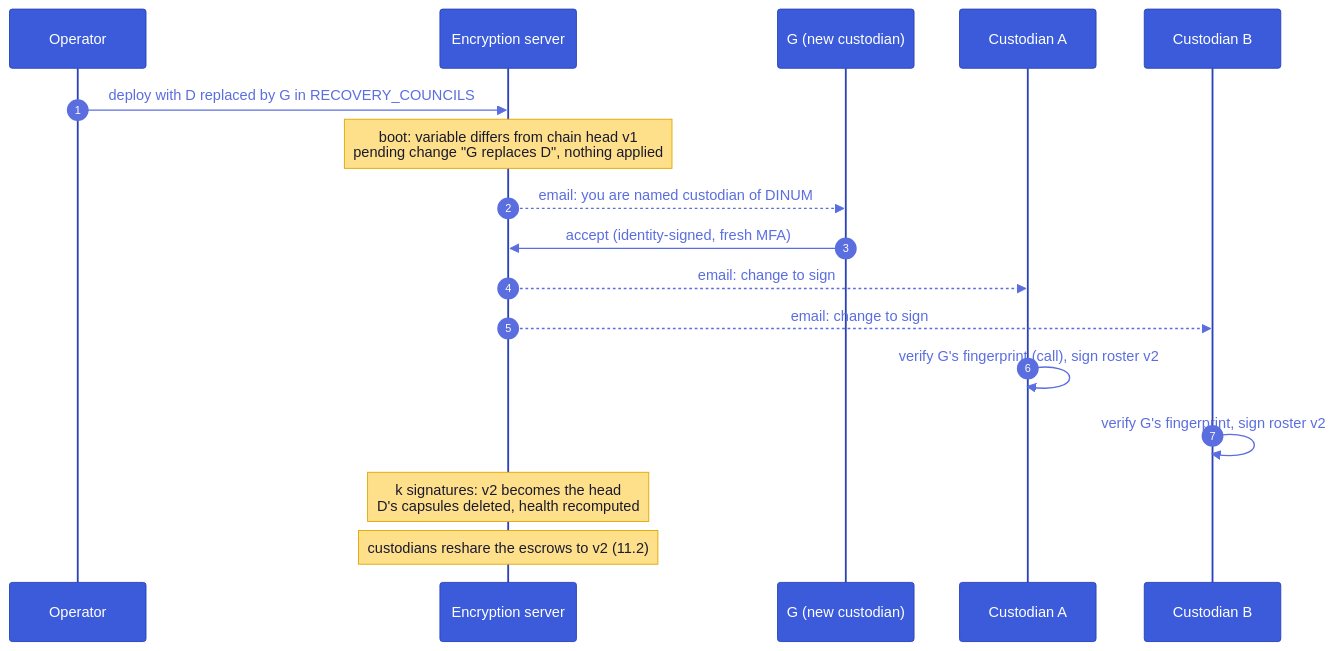
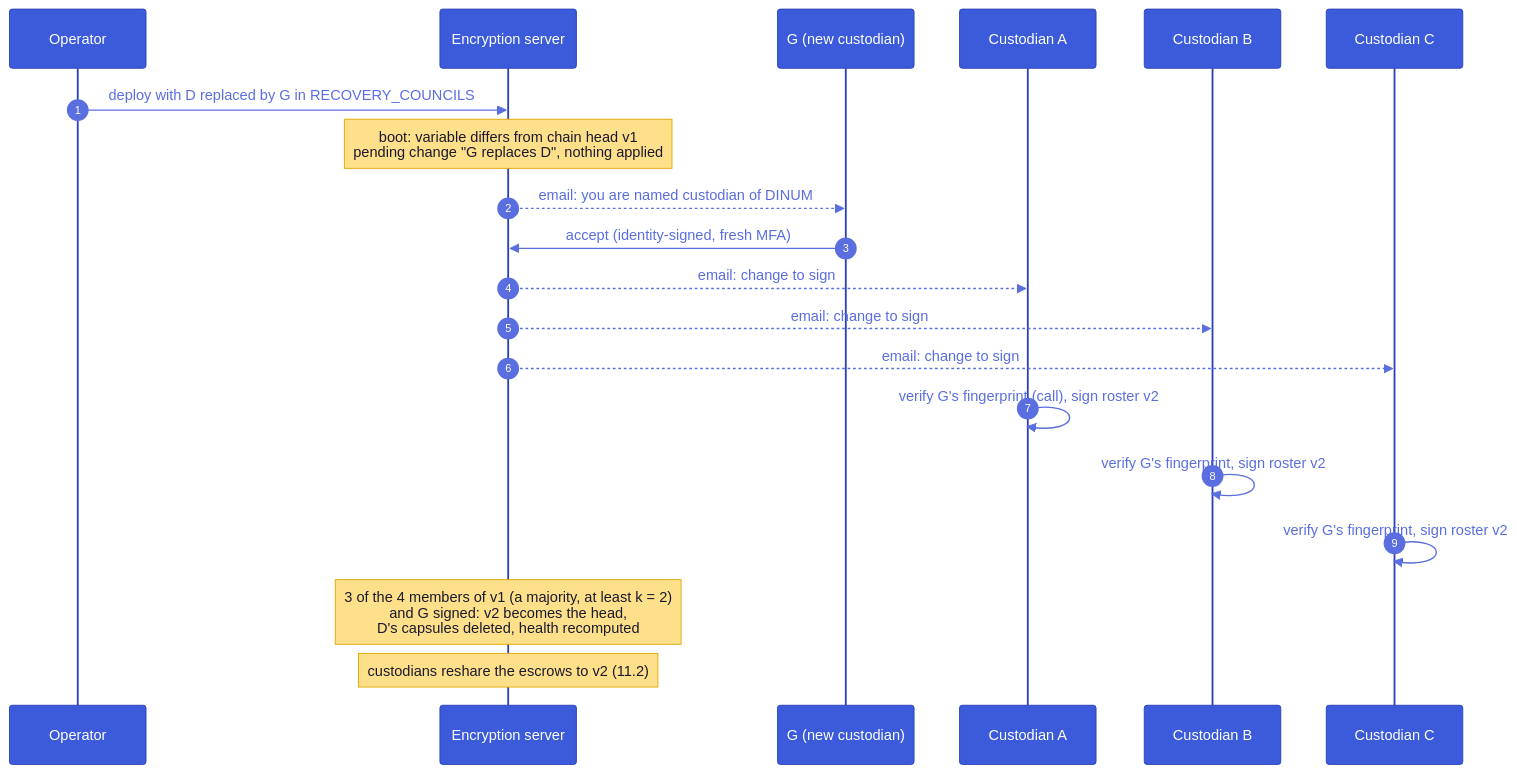
Before and after one commit to suitenumerique/encryption: diagram 14 of 22 in shamir.md, drawn with Mermaid. The commit also changed other lines of this file and 75 other files, not shown here.

````diff
--- a/shamir.md
+++ b/shamir.md
@@ -564,20 +565,23 @@
 ```mermaid
 %%{init: {'theme':'base','look':'classic','themeVariables':{'actorBkg':'#3b5bdb','actorTextColor':'#fff','actorBorder':'#2942b8','signalColor':'#5b6ee0','signalTextColor':'#5b6ee0','noteBkgColor':'#ffe08a','noteTextColor':'#1a1a2e','noteBorderColor':'#e0a800','sequenceNumberColor':'#fff'}}}%%
 sequenceDiagram
   autonumber
   participant OP as Operator
   participant API as Encryption server
   participant G as G (new custodian)
   participant A as Custodian A
   participant B as Custodian B
+  participant C as Custodian C
   OP->>API: deploy with D replaced by G in RECOVERY_COUNCILS
   Note over API: boot: variable differs from chain head v1<br/>pending change "G replaces D", nothing applied
   API-->>G: email: you are named custodian of DINUM
   G->>API: accept (identity-signed, fresh MFA)
   API-->>A: email: change to sign
   API-->>B: email: change to sign
+  API-->>C: email: change to sign
   A->>A: verify G's fingerprint (call), sign roster v2
   B->>B: verify G's fingerprint, sign roster v2
-  Note over API: k signatures: v2 becomes the head<br/>D's capsules deleted, health recomputed
+  C->>C: verify G's fingerprint, sign roster v2
+  Note over API: 3 of the 4 members of v1 (a majority, at least k = 2)<br/>and G signed: v2 becomes the head,<br/>D's capsules deleted, health recomputed
   Note over API: custodians reshare the escrows to v2 (11.2)
 ```
````
